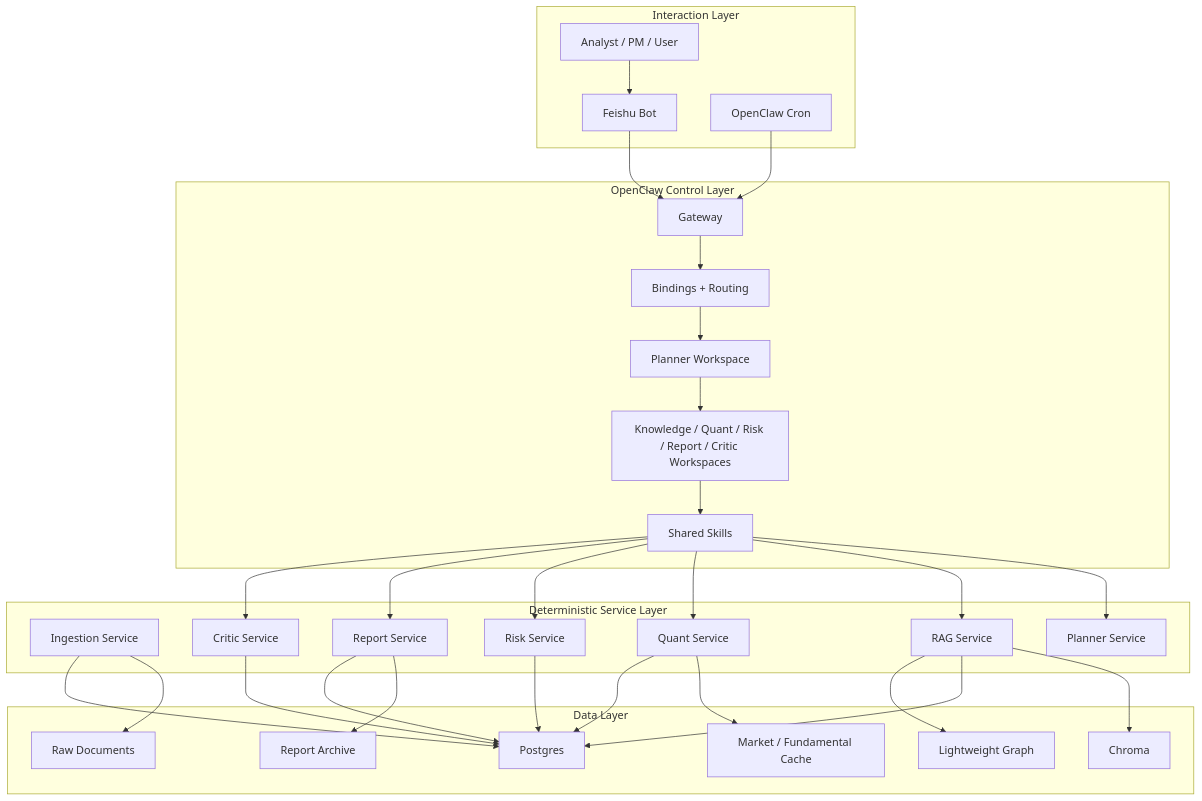
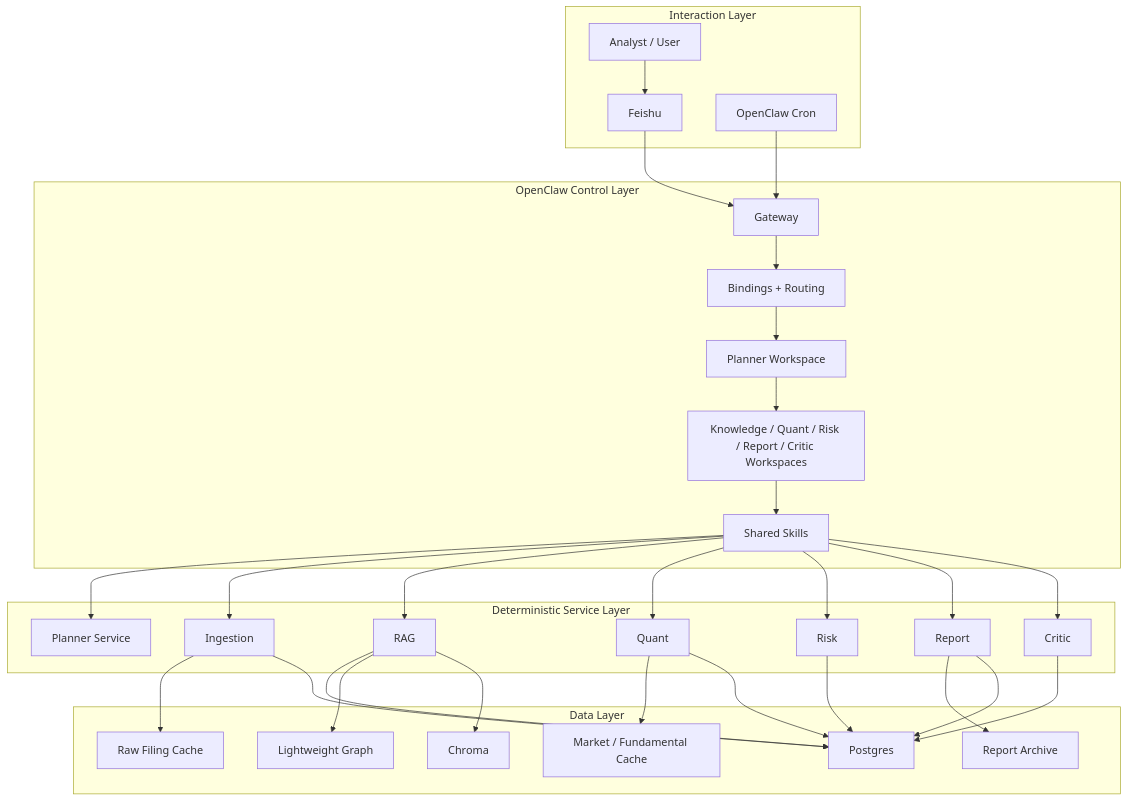
One commit to yuchangyuan1/openclaw-quant-agent changed the diagram in openclaw-multi-agent-architecture.md. Above: the diagram before and after it, drawn with Mermaid. The commit also changed other lines of this file and 48 other files, not shown here.

````diff
--- a/openclaw-multi-agent-architecture.md
+++ b/openclaw-multi-agent-architecture.md
@@ -178,61 +15,62 @@
 ```mermaid
 flowchart TB
   subgraph U["Interaction Layer"]
-    FEI["Feishu Bot"]
+    FEI["Feishu"]
     CRON["OpenClaw Cron"]
-    USER["Analyst / PM / User"]
+    USER["Analyst / User"]
   end
 
   subgraph O["OpenClaw Control Layer"]
     GW["Gateway"]
-    RT["Bindings + Routing"]
-    PL["Planner Workspace"]
-    WS["Knowledge / Quant / Risk / Report / Critic Workspaces"]
-    SK["Shared Skills"]
+    ROUTE["Bindings + Routing"]
+    PLAN["Planner Workspace"]
+    SUB["Knowledge / Quant / Risk / Report / Critic Workspaces"]
+    SKILL["Shared Skills"]
   end
 
   subgraph S["Deterministic Service Layer"]
-    ING["Ingestion Service"]
-    RAG["RAG Service"]
+    ING["Ingestion"]
+    RAG["RAG"]
     PLS["Planner Service"]
-    QNT["Quant Service"]
-    RSK["Risk Service"]
-    REP["Report Service"]
-    CRT["Critic Service"]
+    QNT["Quant"]
+    RSK["Risk"]
+    REP["Report"]
+    CRT["Critic"]
   end
 
   subgraph D["Data Layer"]
-    RAW["Raw Documents"]
+    RAW["Raw Filing Cache"]
     PG["Postgres"]
     KG["Lightweight Graph"]
     CH["Chroma"]
     MKT["Market / Fundamental Cache"]
     ARC["Report Archive"]
   end
 
   USER --> FEI
   FEI --> GW
   CRON --> GW
-  GW --> RT
-  RT --> PL
-  PL --> WS
-  WS --> SK
-  SK --> PLS
-  SK --> RAG
-  SK --> QNT
-  SK --> RSK
-  SK --> REP
-  SK --> CRT
+  GW --> ROUTE
+  ROUTE --> PLAN
+  PLAN --> SUB
+  SUB --> SKILL
+  SKILL --> PLS
+  SKILL --> ING
+  SKILL --> RAG
+  SKILL --> QNT
+  SKILL --> RSK
+  SKILL --> REP
+  SKILL --> CRT
 
   ING --> RAW
   ING --> PG
-  RAG --> CH
   RAG --> PG
   RAG --> KG
+  RAG --> CH
   QNT --> MKT
   QNT --> PG
   RSK --> PG
   REP --> ARC
   REP --> PG
   CRT --> PG
 ```
````
